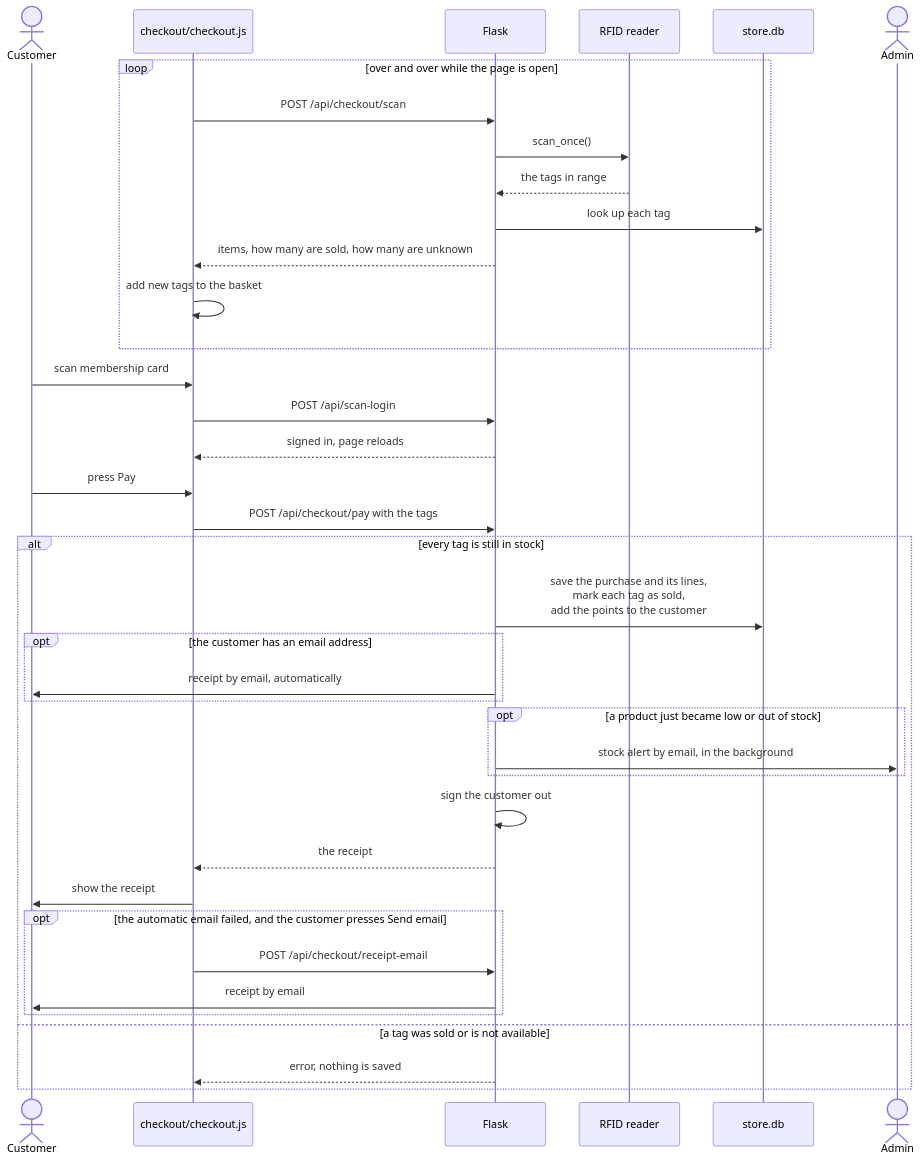
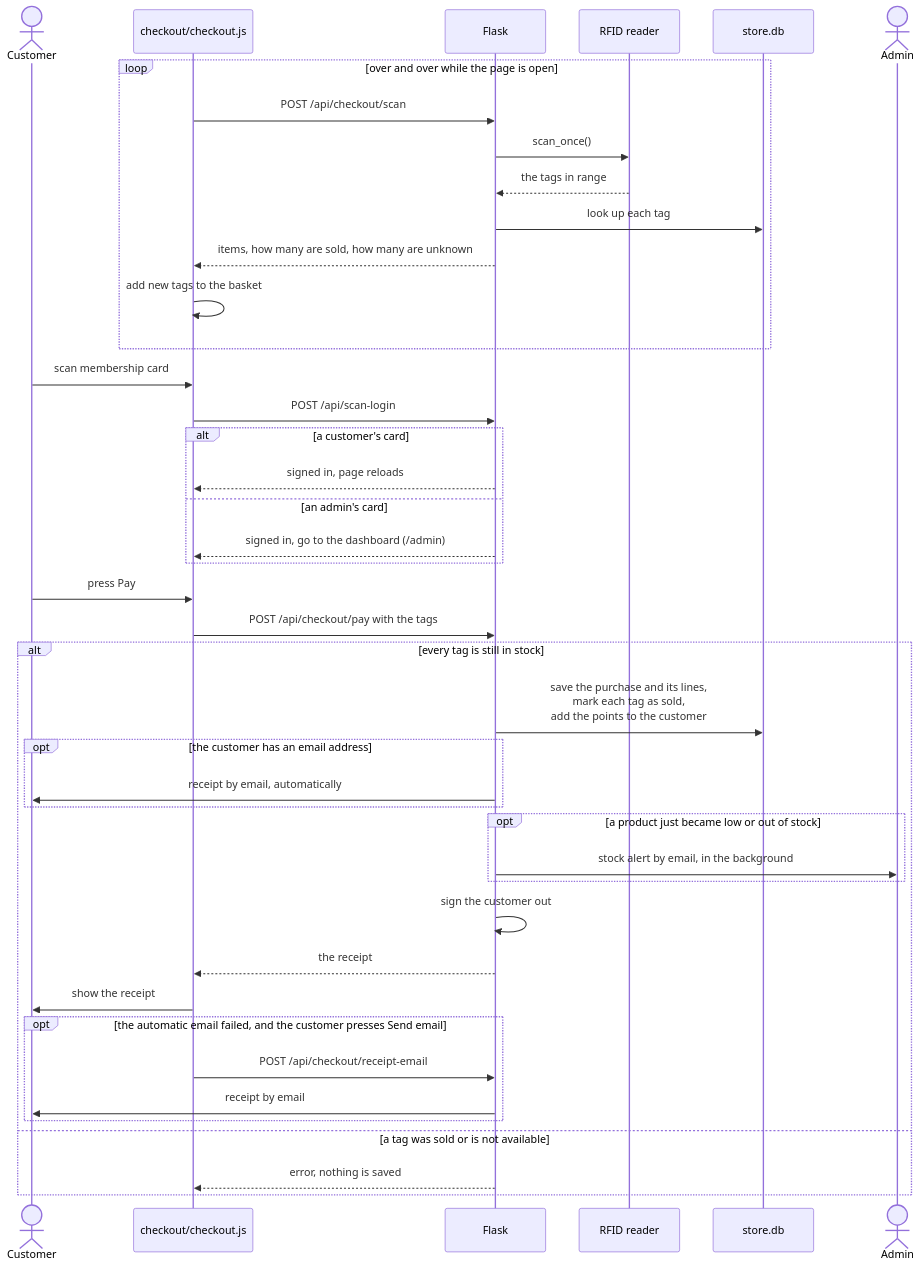
The third of 8 diagrams in docs/architecture.md (gvogas/IoT), drawn with Mermaid before and after one commit. The commit also changed other lines of this file and 3 other files, not shown here.

````diff
--- a/docs/architecture.md
+++ b/docs/architecture.md
@@ -108,43 +111,47 @@
 ```mermaid
 sequenceDiagram
     actor C as Customer
     participant JS as checkout/checkout.js
     participant F as Flask
     participant R as RFID reader
     participant DB as store.db
     actor A as Admin
 
     loop over and over while the page is open
         JS->>F: POST /api/checkout/scan
         F->>R: scan_once()
         R-->>F: the tags in range
         F->>DB: look up each tag
         F-->>JS: items, how many are sold, how many are unknown
         JS->>JS: add new tags to the basket
     end
 
     C->>JS: scan membership card
     JS->>F: POST /api/scan-login
-    F-->>JS: signed in, page reloads
+    alt a customer's card
+        F-->>JS: signed in, page reloads
+    else an admin's card
+        F-->>JS: signed in, go to the dashboard (/admin)
+    end
 
     C->>JS: press Pay
     JS->>F: POST /api/checkout/pay with the tags
     alt every tag is still in stock
         F->>DB: save the purchase and its lines,<br/>mark each tag as sold,<br/>add the points to the customer
         opt the customer has an email address
             F->>C: receipt by email, automatically
         end
         opt a product just became low or out of stock
             F->>A: stock alert by email, in the background
         end
         F->>F: sign the customer out
         F-->>JS: the receipt
         JS->>C: show the receipt
         opt the automatic email failed, and the customer presses Send email
             JS->>F: POST /api/checkout/receipt-email
             F->>C: receipt by email
         end
     else a tag was sold or is not available
         F-->>JS: error, nothing is saved
     end
 ```
````
